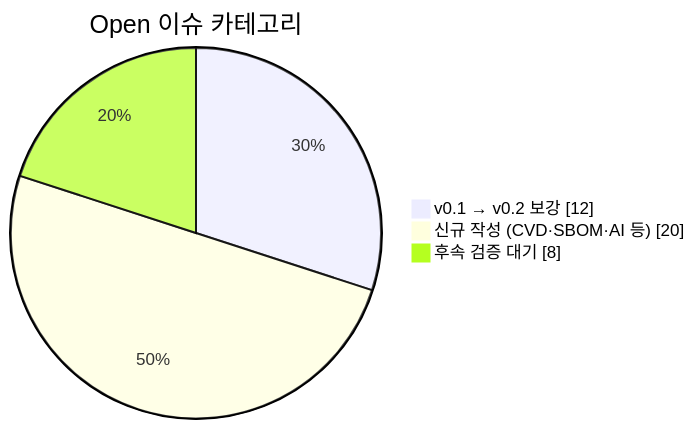
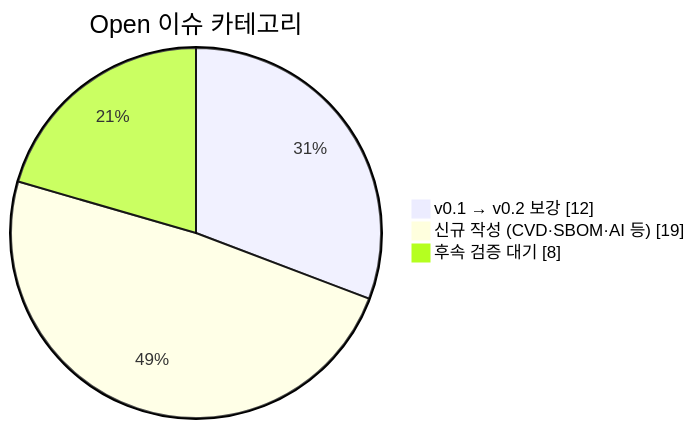
One commit to holee9/MD-process changed the fourth of 4 diagrams in README.md. Above: the diagram before and after it, drawn with Mermaid. The commit also changed other lines of this file, not shown here.

````diff
--- a/README.md
+++ b/README.md
@@ -167,7 +168,7 @@
 ```mermaid
 pie showData
     title Open 이슈 카테고리
     "v0.1 → v0.2 보강" : 12
-    "신규 작성 (CVD·SBOM·AI 등)" : 20
+    "신규 작성 (CVD·SBOM·AI 등)" : 19
     "후속 검증 대기" : 8
 ```
````
